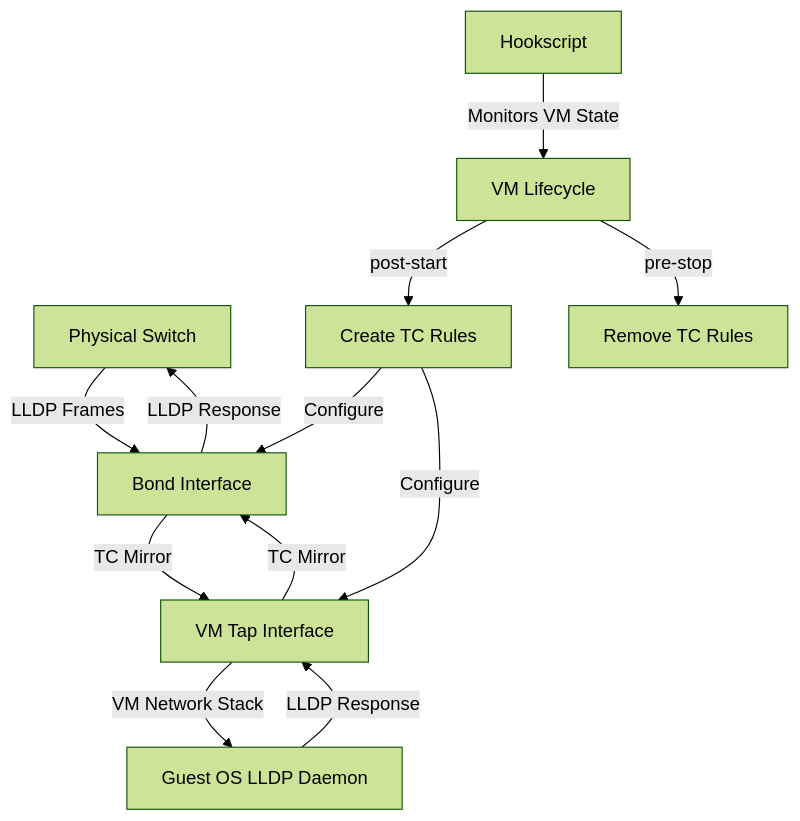
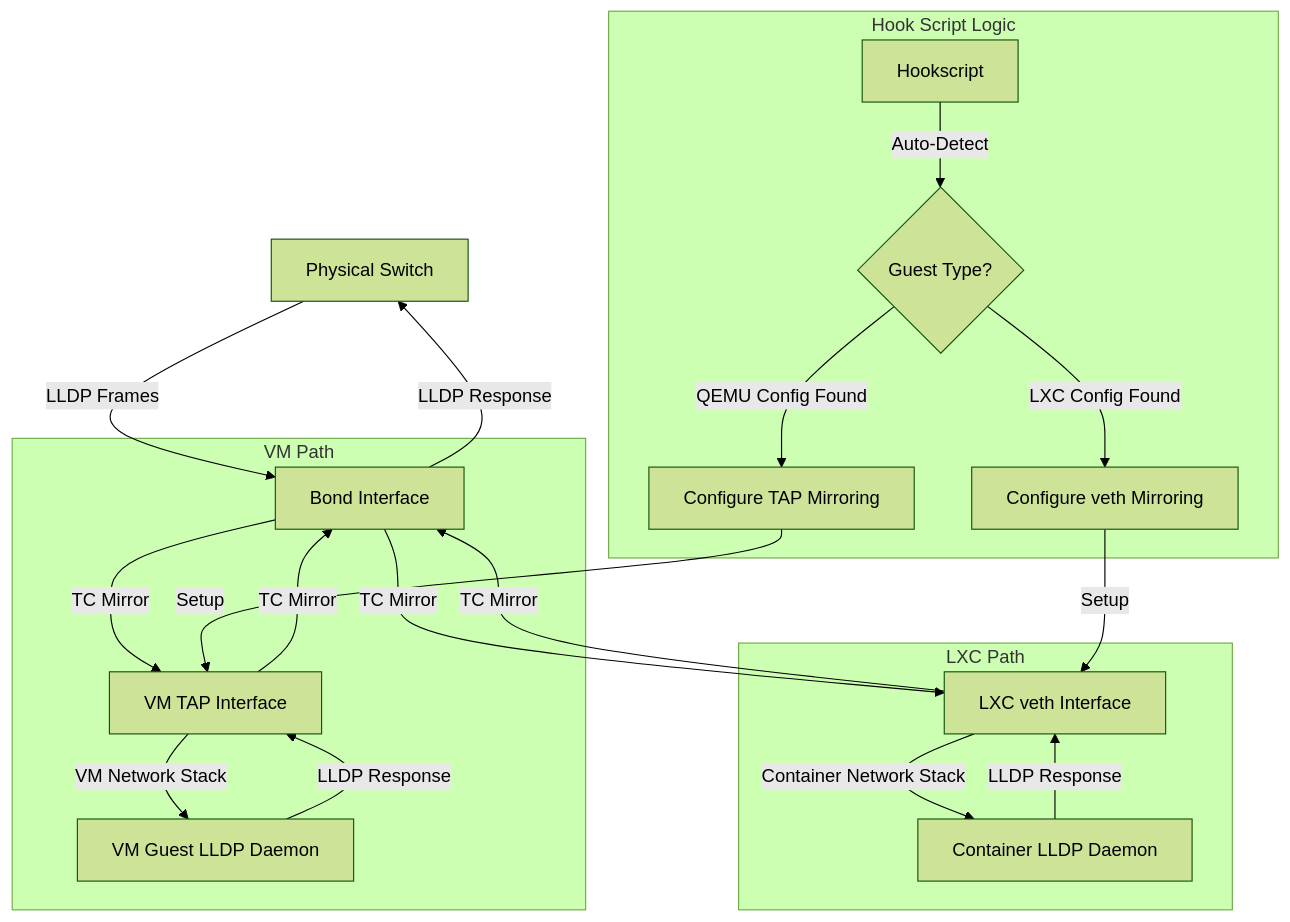
One commit to lavacano/Proxmox-LLDP-Discovery changed the diagram in README.md. Above: the diagram before and after it, drawn with Mermaid (forest theme). The commit also changed other lines of this file, not shown here.

````diff
--- a/README.md
+++ b/README.md
@@ -362,15 +497,28 @@
 ```mermaid
 graph TB
     A[Physical Switch] -->|LLDP Frames| B[Bond Interface]
-    B -->|TC Mirror| C[VM Tap Interface]
-    C -->|VM Network Stack| D[Guest OS LLDP Daemon]
-    D -->|LLDP Response| C
-    C -->|TC Mirror| B
+    
+    subgraph "VM Path"
+        B -->|TC Mirror| C[VM TAP Interface]
+        C -->|VM Network Stack| D[VM Guest LLDP Daemon]
+        D -->|LLDP Response| C
+        C -->|TC Mirror| B
+    end
+    
+    subgraph "LXC Path"  
+        B -->|TC Mirror| E[LXC veth Interface]
+        E -->|Container Network Stack| F[Container LLDP Daemon]
+        F -->|LLDP Response| E
+        E -->|TC Mirror| B
+    end
+    
     B -->|LLDP Response| A
     
-    E[Hookscript] -->|Monitors VM State| F[VM Lifecycle]
-    F -->|post-start| G[Create TC Rules]
-    F -->|pre-stop| H[Remove TC Rules]
-    G -->|Configure| B
-    G -->|Configure| C
+    subgraph "Hook Script Logic"
+        G[Hookscript] -->|Auto-Detect| H{Guest Type?}
+        H -->|QEMU Config Found| I[Configure TAP Mirroring]
+        H -->|LXC Config Found| J[Configure veth Mirroring]
+        I -->|Setup| C
+        J -->|Setup| E
+    end
 ```
````
